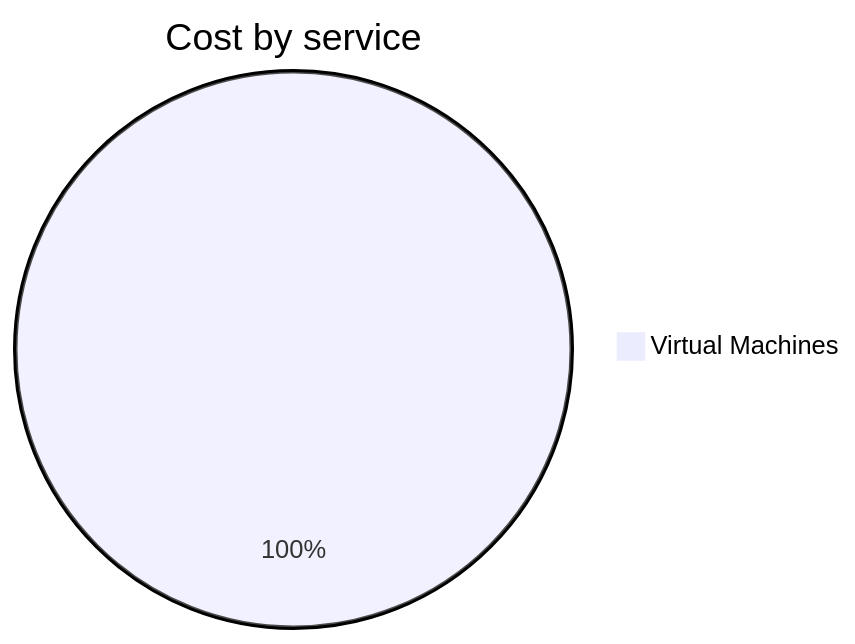
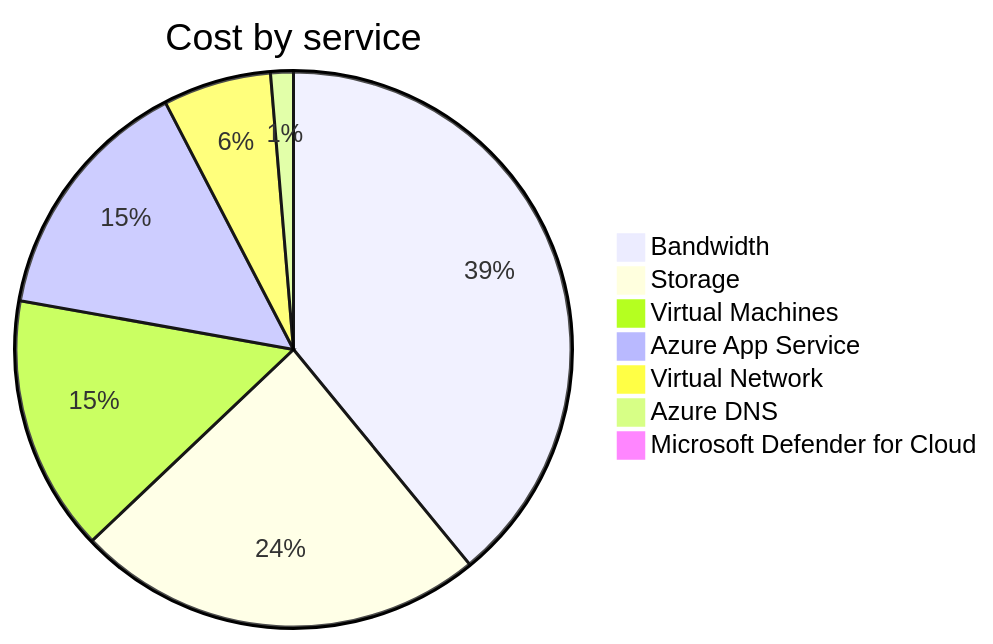
Before and after one commit to jpfulton/azure-personal-reports: the second of 4 diagrams in cost-reports/accumulated-cost.md, drawn with Mermaid. The commit also changed other lines of this file and 4 other files, not shown here.

````diff
--- a/cost-reports/accumulated-cost.md
+++ b/cost-reports/accumulated-cost.md
@@ -95,5 +101,11 @@
 ```mermaid
 pie
    title Cost by service
-   "Virtual Machines" : 0.12
+   "Bandwidth" : 1.18
+   "Storage" : 0.72
+   "Virtual Machines" : 0.45
+   "Azure App Service" : 0.44
+   "Virtual Network" : 0.19
+   "Azure DNS" : 0.04
+   "Microsoft Defender for Cloud" : 0.01
 ```
````
